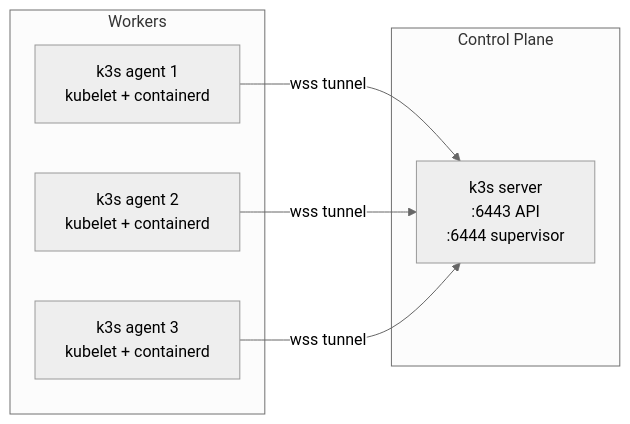
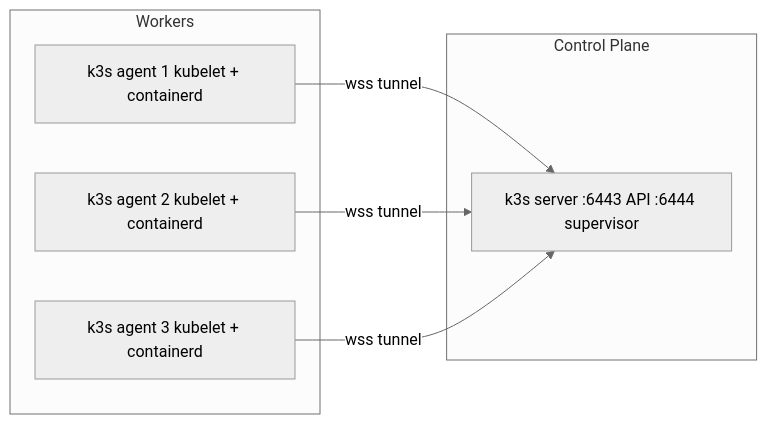
The first of 2 diagrams in 06_multi_node_cluster/01_adding_agent_nodes.md (UncleJS/course_k3s), drawn with Mermaid (neutral theme) before and after one commit. The commit also changed 57 other files, not shown here.

````diff
--- a/06_multi_node_cluster/01_adding_agent_nodes.md
+++ b/06_multi_node_cluster/01_adding_agent_nodes.md
@@ -37,14 +37,14 @@
 ```mermaid
 graph LR
     subgraph Control Plane
-        S[k3s server\n:6443 API\n:6444 supervisor]
+        S[k3s server :6443 API :6444 supervisor]
     end
     subgraph Workers
-        A1[k3s agent 1\nkubelet + containerd]
-        A2[k3s agent 2\nkubelet + containerd]
-        A3[k3s agent 3\nkubelet + containerd]
+        A1[k3s agent 1 kubelet + containerd]
+        A2[k3s agent 2 kubelet + containerd]
+        A3[k3s agent 3 kubelet + containerd]
     end
     A1 -- wss tunnel --> S
     A2 -- wss tunnel --> S
     A3 -- wss tunnel --> S
 ```
````
